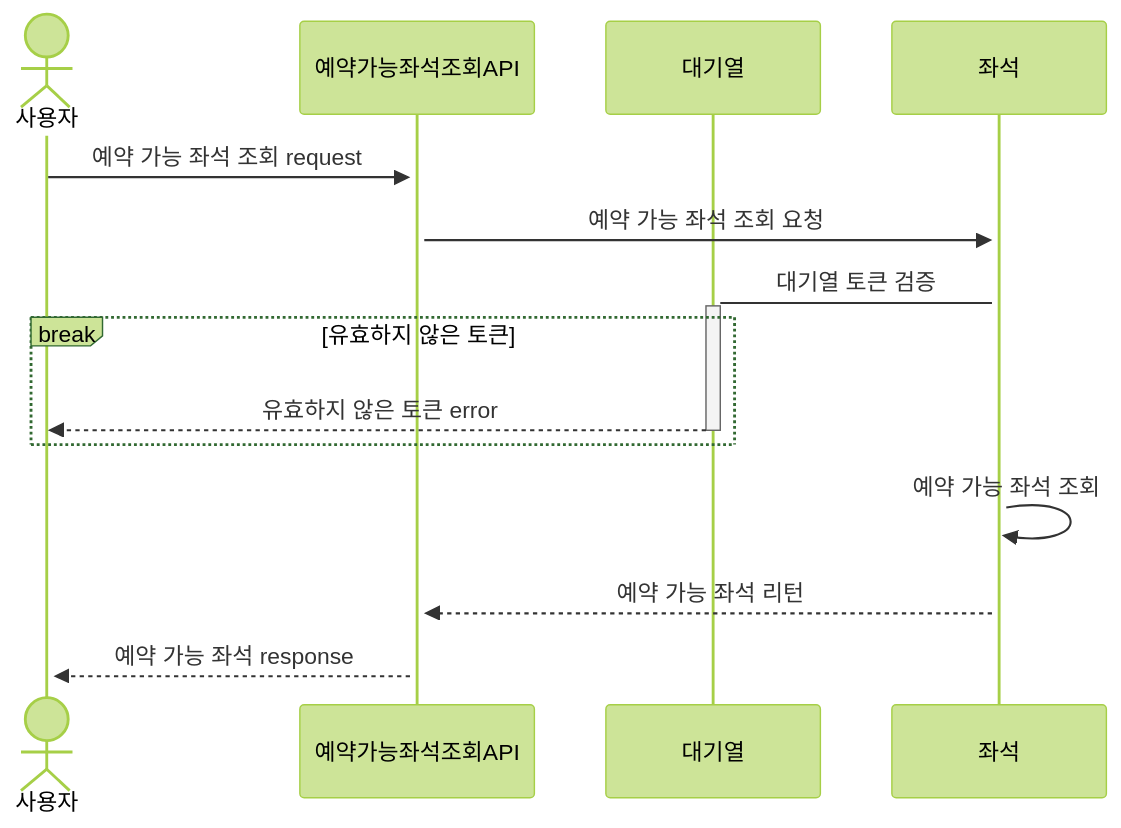
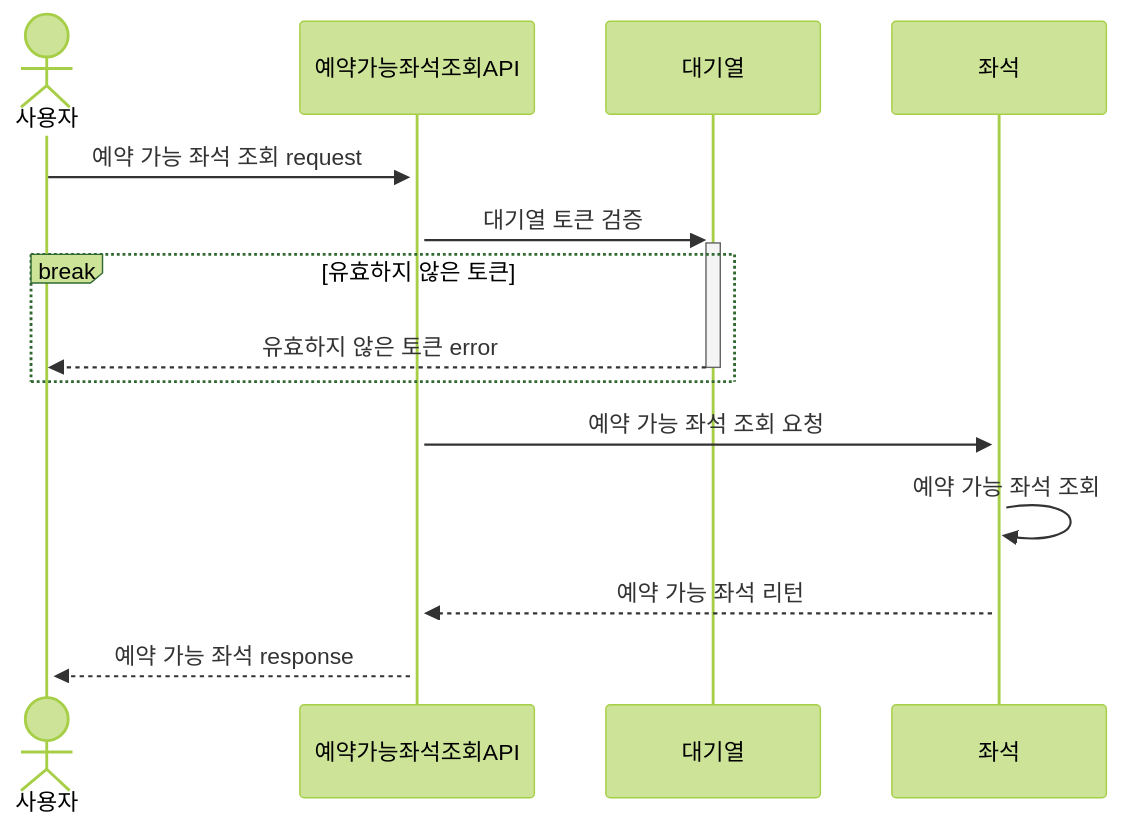
One commit to jangyoojeong/hhplus-ticketing-week03 changed the third of 7 diagrams in doc/SEQUENCS.md. Above: the diagram before and after it, drawn with Mermaid (forest theme). The commit also changed other lines of this file, not shown here.

````diff
--- a/doc/SEQUENCS.md
+++ b/doc/SEQUENCS.md
@@ -56,17 +56,17 @@
 ```mermaid
 sequenceDiagram
     actor  사용자
     participant 예약가능좌석조회API
     participant 대기열
     participant 좌석
 
     사용자->>+예약가능좌석조회API: 예약 가능 좌석 조회 request
-    예약가능좌석조회API->>+좌석: 예약 가능 좌석 조회 요청
-    좌석->+대기열:대기열 토큰 검증
+    예약가능좌석조회API->>+대기열:대기열 토큰 검증
     break 유효하지 않은 토큰
         대기열-->>-사용자: 유효하지 않은 토큰 error
     end
+    예약가능좌석조회API->>+좌석: 예약 가능 좌석 조회 요청
     좌석->>+좌석: 예약 가능 좌석 조회
     좌석-->>+예약가능좌석조회API:예약 가능 좌석 리턴
     예약가능좌석조회API-->>+사용자: 예약 가능 좌석 response
 ```
````
